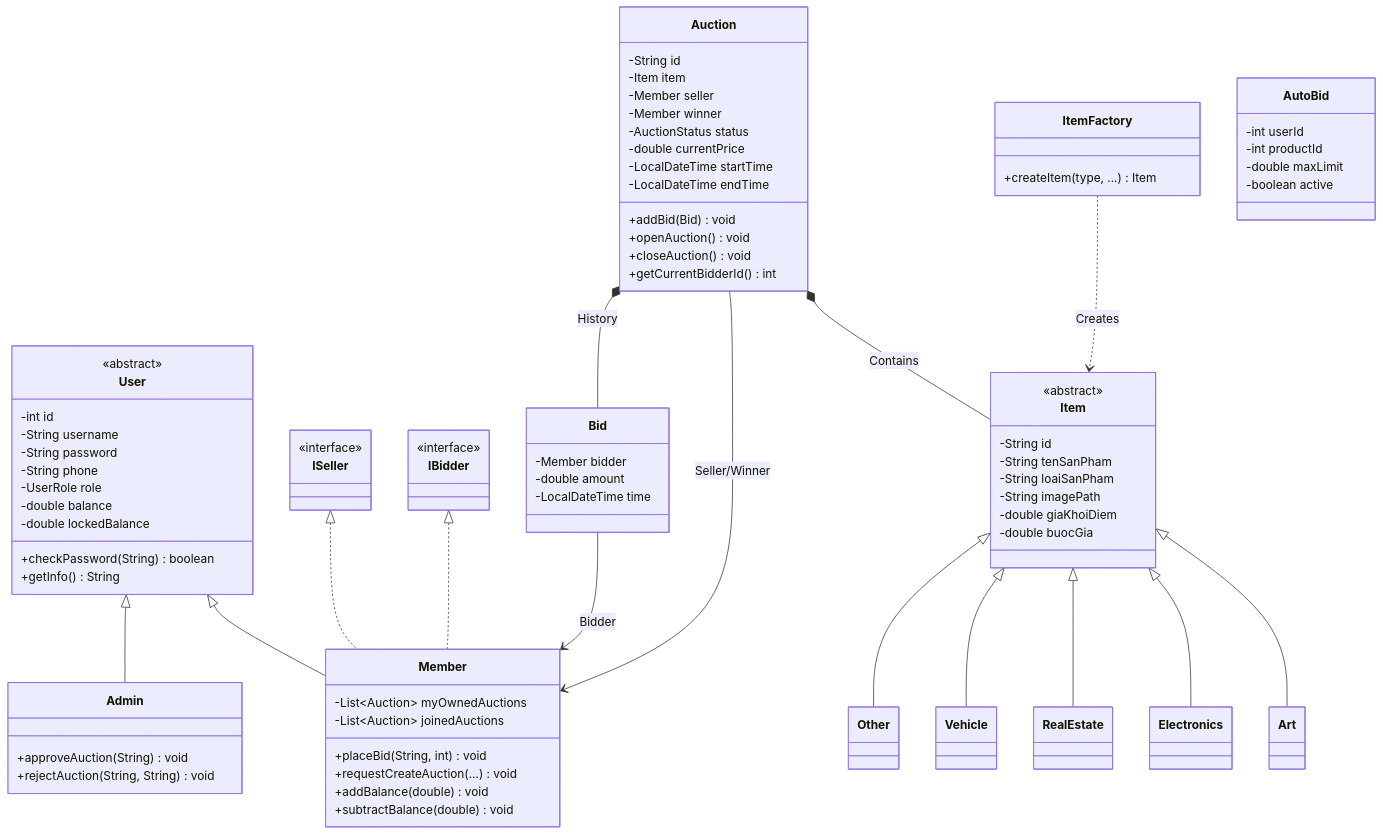
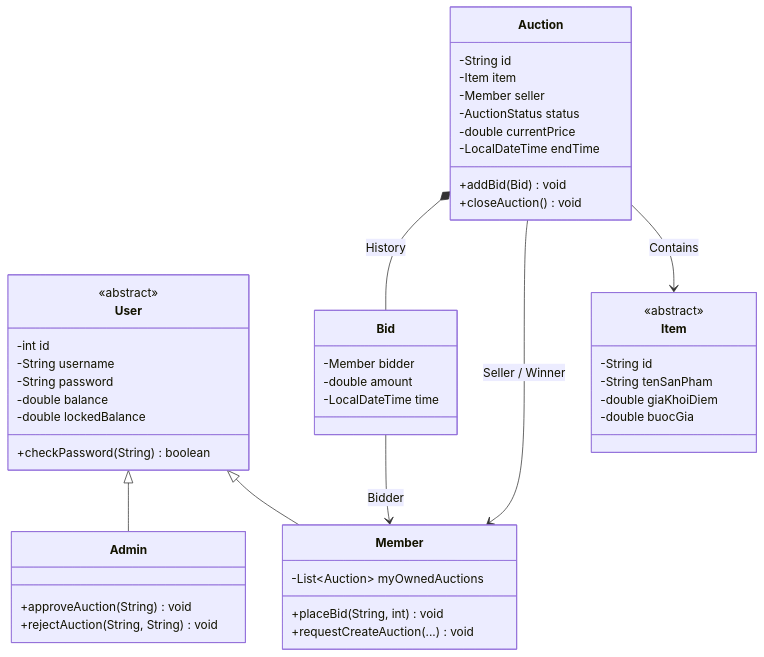
One commit to 25021616-sketch/Dau_Gia_Truc_Tuyen_Nhom2 changed the first of 4 diagrams in README.md. Above: the diagram before and after it, drawn with Mermaid. The commit also changed other lines of this file, not shown here.

````diff
--- a/README.md
+++ b/README.md
@@ -79,93 +34,50 @@
 ```mermaid
 classDiagram
     direction TB
-    
-    %% --- Lớp User ---
     class User {
         <<abstract>>
         -int id
         -String username
         -String password
-        -String phone
-        -UserRole role
         -double balance
         -double lockedBalance
         +checkPassword(String) boolean
-        +getInfo() String
     }
     class Member {
         -List~Auction~ myOwnedAuctions
-        -List~Auction~ joinedAuctions
         +placeBid(String, int) void
         +requestCreateAuction(...) void
-        +addBalance(double) void
-        +subtractBalance(double) void
     }
     class Admin {
         +approveAuction(String) void
         +rejectAuction(String, String) void
     }
-    class ISeller { <<interface>> }
-    class IBidder { <<interface>> }
-    User <|-- Member
-    User <|-- Admin
-    ISeller <|.. Member
-    IBidder <|.. Member
-
-    %% --- Lớp Item ---
     class Item {
         <<abstract>>
         -String id
         -String tenSanPham
-        -String loaiSanPham
-        -String imagePath
         -double giaKhoiDiem
         -double buocGia
     }
-    class Art
-    class Electronics
-    class RealEstate
-    class Vehicle
-    class Other
-    class ItemFactory {
-        +createItem(type, ...) Item
-    }
-    Item <|-- Art
-    Item <|-- Electronics
-    Item <|-- RealEstate
-    Item <|-- Vehicle
-    Item <|-- Other
-    ItemFactory ..> Item : Creates
-
-    %% --- Lớp Auction ---
     class Auction {
         -String id
         -Item item
         -Member seller
-        -Member winner
         -AuctionStatus status
         -double currentPrice
-        -LocalDateTime startTime
         -LocalDateTime endTime
         +addBid(Bid) void
-        +openAuction() void
         +closeAuction() void
-        +getCurrentBidderId() int
     }
     class Bid {
         -Member bidder
         -double amount
         -LocalDateTime time
     }
-    class AutoBid {
-        -int userId
-        -int productId
-        -double maxLimit
-        -boolean active
-    }
-
-    Auction *-- Item : Contains
-    Auction --> Member : Seller/Winner
+    User <|-- Member
+    User <|-- Admin
+    Auction --> Item : Contains
+    Auction --> Member : Seller / Winner
     Auction *-- Bid : History
     Bid --> Member : Bidder
 ```
````
